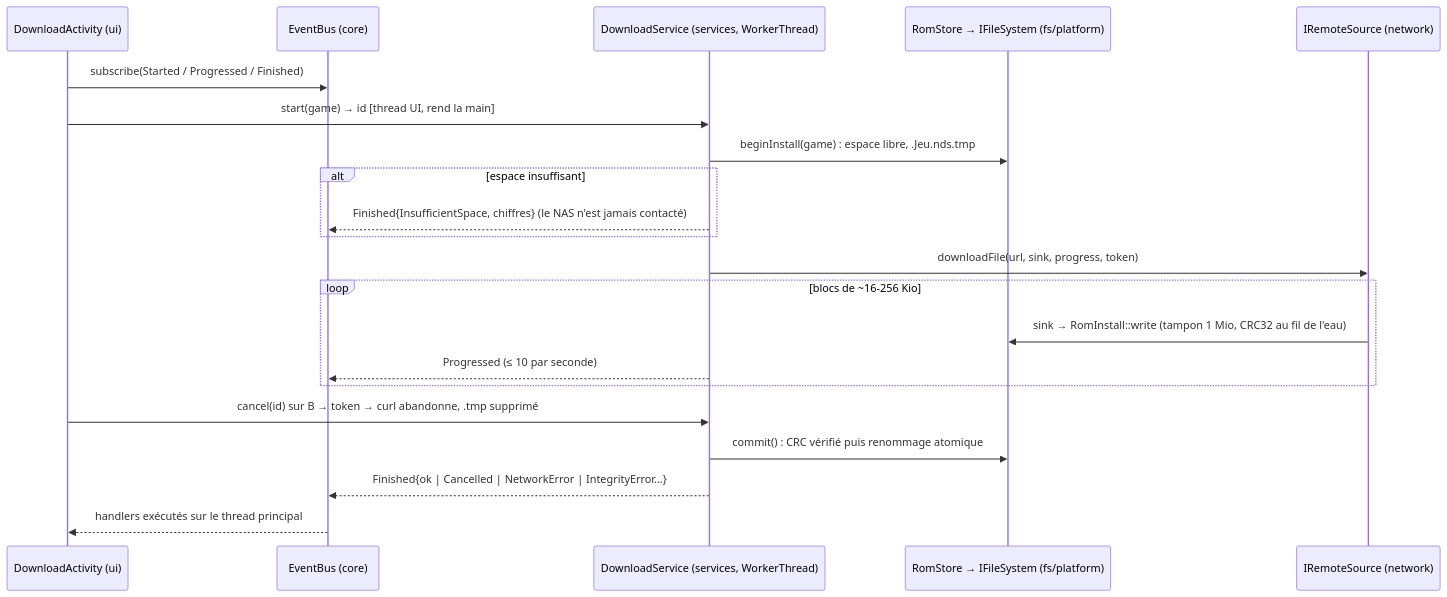
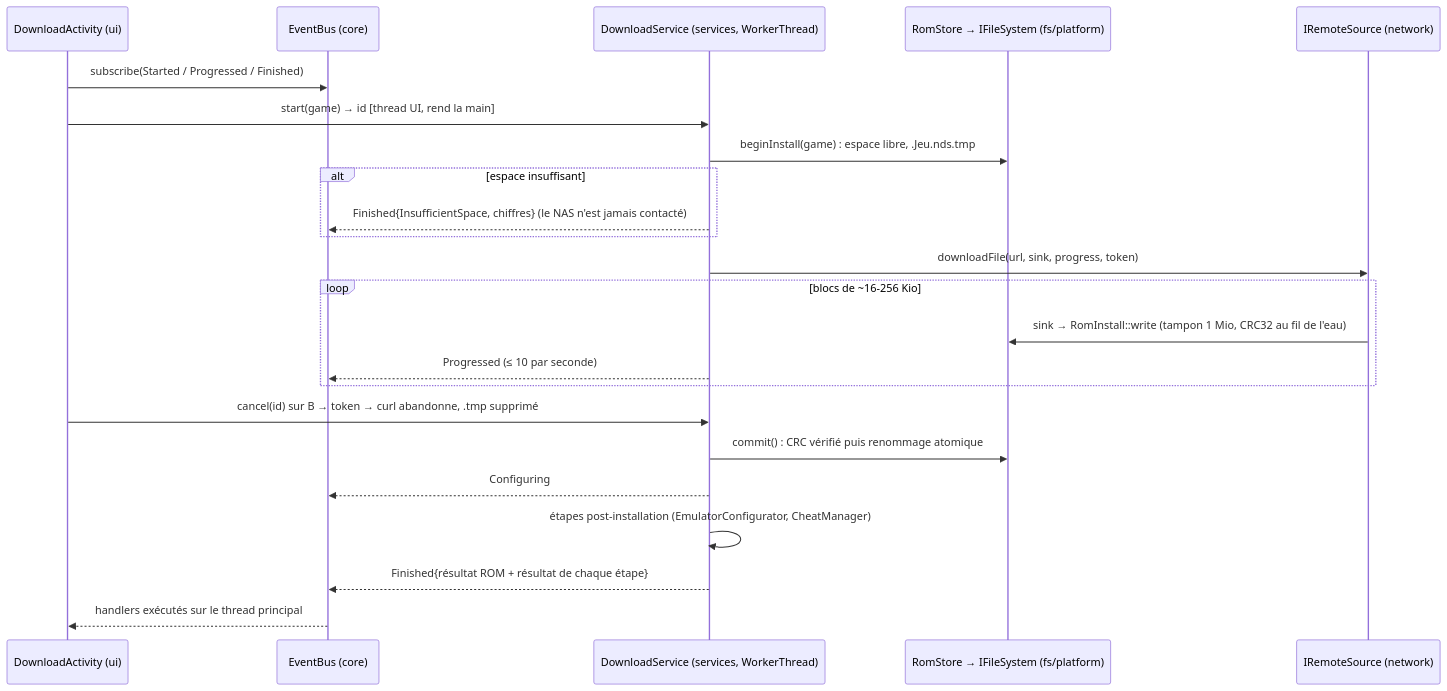
The third of 3 diagrams in retromanager/ARCHITECTURE.md (leo3438/my_little_shop_discord.py), drawn with Mermaid before and after one commit. The commit also changed other lines of this file and 4 other files, not shown here.

````diff
--- a/retromanager/ARCHITECTURE.md
+++ b/retromanager/ARCHITECTURE.md
@@ -186,23 +186,25 @@
 ```mermaid
 sequenceDiagram
     participant UI as DownloadActivity (ui)
     participant B as EventBus (core)
     participant D as DownloadService (services, WorkerThread)
     participant F as RomStore → IFileSystem (fs/platform)
     participant R as IRemoteSource (network)
     UI->>B: subscribe(Started / Progressed / Finished)
     UI->>D: start(game) → id                       [thread UI, rend la main]
     D->>F: beginInstall(game) : espace libre, .Jeu.nds.tmp
     alt espace insuffisant
         D-->>B: Finished{InsufficientSpace, chiffres}  (le NAS n'est jamais contacté)
     end
     D->>R: downloadFile(url, sink, progress, token)
     loop blocs de ~16-256 Kio
         R->>F: sink → RomInstall::write (tampon 1 Mio, CRC32 au fil de l'eau)
         D-->>B: Progressed (≤ 10 par seconde)
     end
     UI->>D: cancel(id) sur B → token → curl abandonne, .tmp supprimé
     D->>F: commit() : CRC vérifié puis renommage atomique
-    D-->>B: Finished{ok | Cancelled | NetworkError | IntegrityError…}
+    D-->>B: Configuring
+    D->>D: étapes post-installation (EmulatorConfigurator, CheatManager)
+    D-->>B: Finished{résultat ROM + résultat de chaque étape}
     B-->>UI: handlers exécutés sur le thread principal
 ```
````
